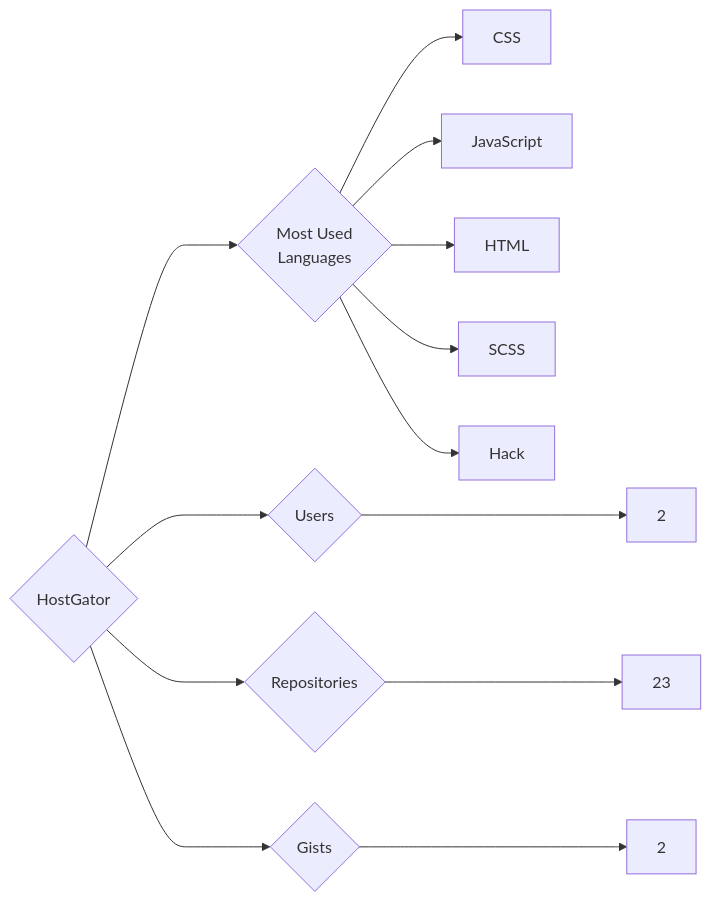
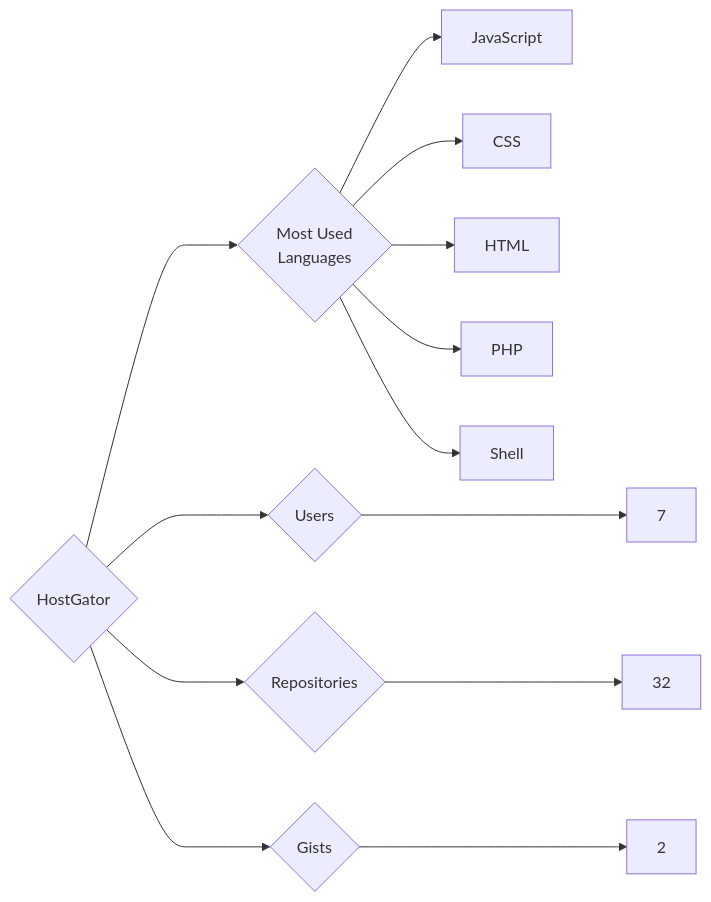
Before and after one commit to trickest/insiders: the diagram in targets/HostGator/README.md, drawn with Mermaid. The commit also changed 988 other files, not shown here.

````diff
--- a/targets/HostGator/README.md
+++ b/targets/HostGator/README.md
@@ -3,13 +3,13 @@
 ```mermaid
 graph LR
 COMPANY_NAME{HostGator}
-COMPANY_NAME ---> U{Users} ---> UN[2]
-COMPANY_NAME ---> R{Repositories} ---> RN[23]
+COMPANY_NAME ---> U{Users} ---> UN[7]
+COMPANY_NAME ---> R{Repositories} ---> RN[32]
 COMPANY_NAME ---> G{Gists} ---> GN[2]
 COMPANY_NAME ---> ML{Most Used<br>Languages}
+ML --> JavaScript[JavaScript]
 ML --> CSS[CSS]
-ML --> JavaScript[JavaScript]
 ML --> HTML[HTML]
-ML --> SCSS[SCSS]
-ML --> Hack[Hack]
+ML --> PHP[PHP]
+ML --> Shell[Shell]
 ```
````
